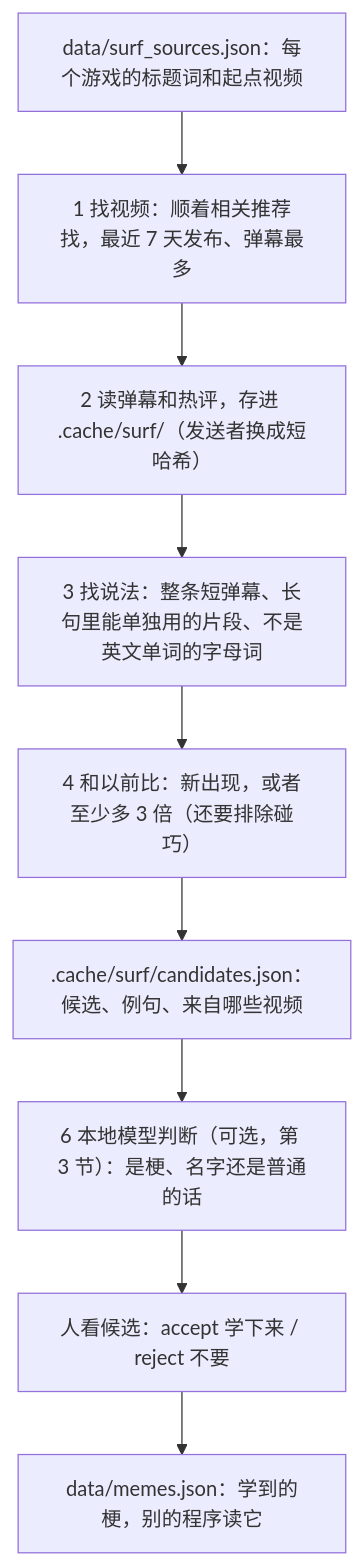
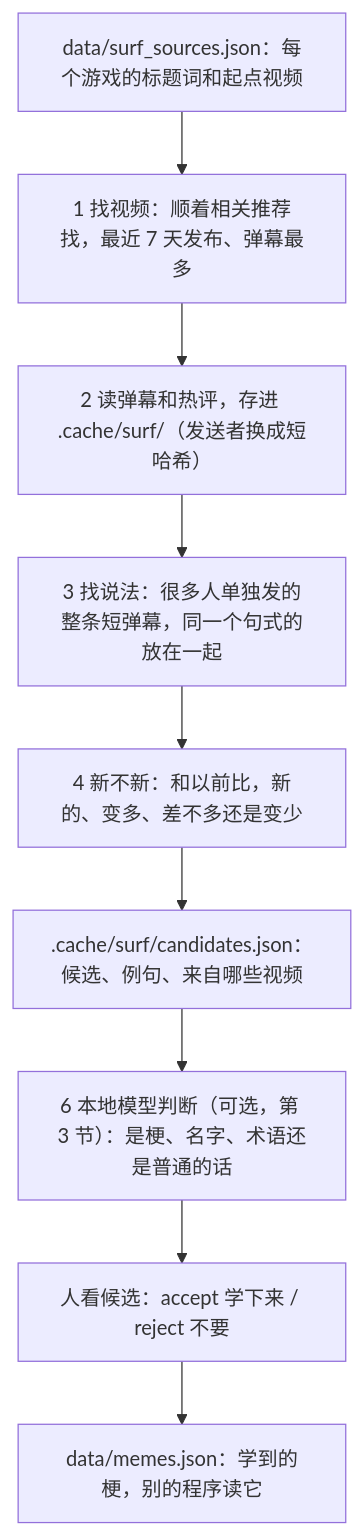
The first of 2 diagrams in docs/DESIGN.md (HHCreator/MemeLearnerBot), drawn with Mermaid before and after one commit. The commit also changed other lines of this file and 9 other files, not shown here.

````diff
--- a/docs/DESIGN.md
+++ b/docs/DESIGN.md
@@ -33,11 +32,11 @@
 ```mermaid
 flowchart TD
     A["data/surf_sources.json：每个游戏的标题词和起点视频"] --> B["1 找视频：顺着相关推荐找，最近 7 天发布、弹幕最多"]
     B --> C["2 读弹幕和热评，存进 .cache/surf/（发送者换成短哈希）"]
-    C --> D["3 找说法：整条短弹幕、长句里能单独用的片段、不是英文单词的字母词"]
-    D --> E["4 和以前比：新出现，或者至少多 3 倍（还要排除碰巧）"]
+    C --> D["3 找说法：很多人单独发的整条短弹幕，同一个句式的放在一起"]
+    D --> E["4 新不新：和以前比，新的、变多、差不多还是变少"]
     E --> F[".cache/surf/candidates.json：候选、例句、来自哪些视频"]
-    F --> J["6 本地模型判断（可选，第 3 节）：是梗、名字还是普通的话"]
+    F --> J["6 本地模型判断（可选，第 3 节）：是梗、名字、术语还是普通的话"]
     J --> G["人看候选：accept 学下来 / reject 不要"]
     G --> H["data/memes.json：学到的梗，别的程序读它"]
 ```
````
